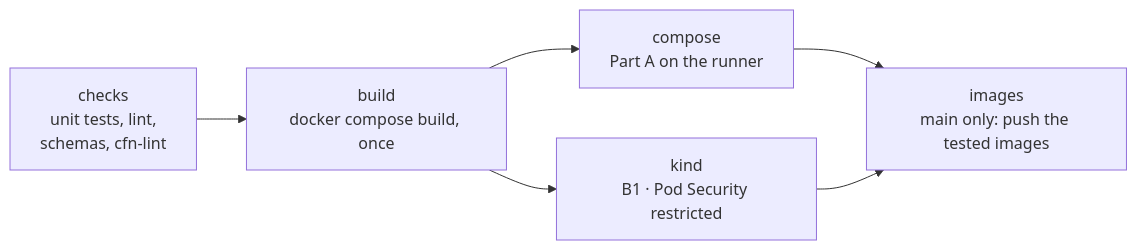
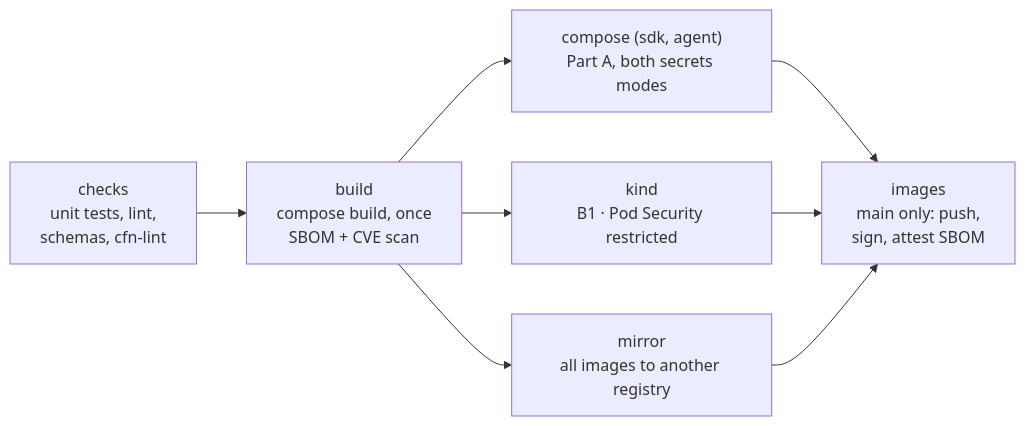
Before and after one commit to ephico2real2/aws-secrets-manager-node-poc: the second of 2 diagrams in docs/GUIDE.md, drawn with Mermaid. The commit also changed other lines of this file and 1 other file, not shown here.

Commit message:
docs: guide covers agent mode, the mirror script, Redis rotation, signing; ci: refuse to sign or verify nothing

````diff
--- a/docs/GUIDE.md
+++ b/docs/GUIDE.md
@@ -631,8 +659,10 @@
 ```mermaid
 flowchart LR
-  checks["checks<br/>unit tests, lint,<br/>schemas, cfn-lint"] --> build["build<br/>docker compose build, once"]
-  build --> compose["compose<br/>Part A on the runner"]
+  checks["checks<br/>unit tests, lint,<br/>schemas, cfn-lint"] --> build["build<br/>compose build, once<br/>SBOM + CVE scan"]
+  build --> compose["compose (sdk, agent)<br/>Part A, both secrets modes"]
   build --> kind["kind<br/>B1 · Pod Security restricted"]
-  compose --> images["images<br/>main only: push the tested images"]
+  build --> mirror["mirror<br/>all images to another registry"]
+  compose --> images["images<br/>main only: push,<br/>sign, attest SBOM"]
   kind --> images
+  mirror --> images
 ```
````
